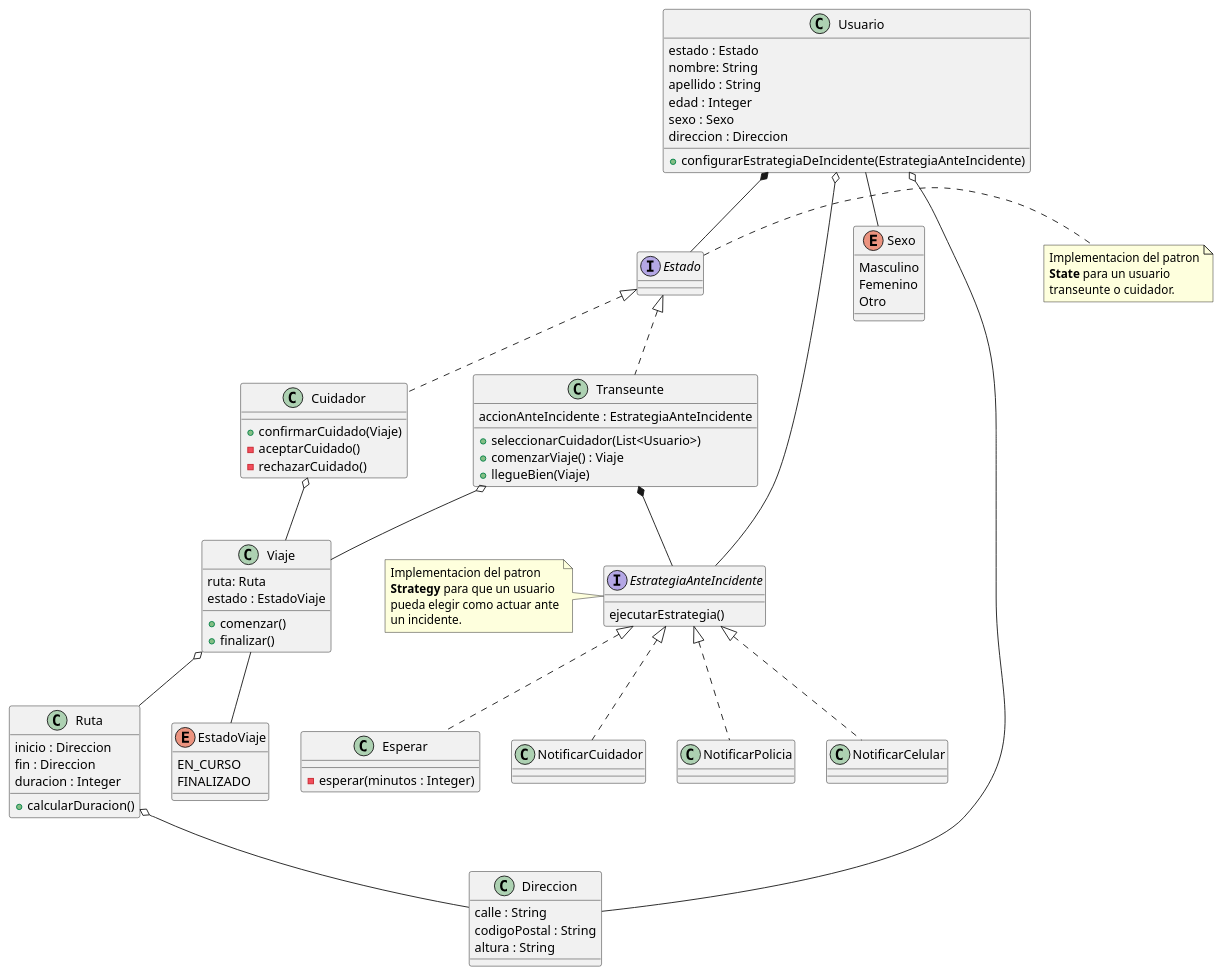
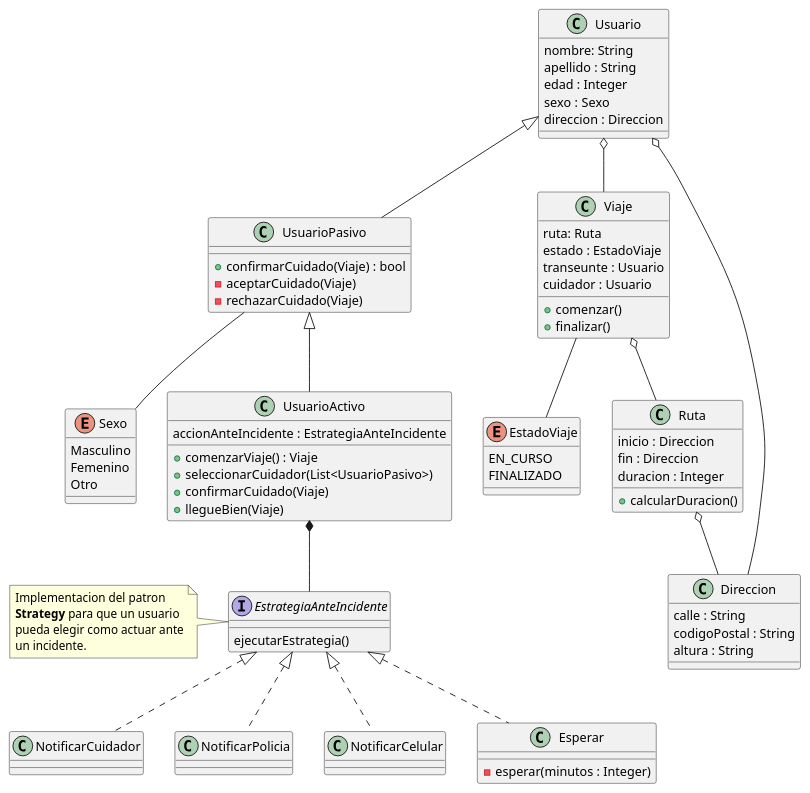
The diagram in docs/diagrams/class_diagram.puml (nachoberaza/practica-dds-cuidandonos), drawn with PlantUML before and after one commit. The commit also changed 4 other files, not shown here.

Commit message:
Refactoring both diagrams.

```diff
--- a/docs/diagrams/class_diagram.puml
+++ b/docs/diagrams/class_diagram.puml
@@ -1,111 +1,95 @@
 @startuml
 class Usuario{
-    estado : Estado
     nombre: String
     apellido : String
     edad : Integer
     sexo : Sexo
     direccion : Direccion
-    + configurarEstrategiaDeIncidente(EstrategiaAnteIncidente)
+}
+
+class UsuarioPasivo extends Usuario{
+    + confirmarCuidado(Viaje) : bool
+    - aceptarCuidado(Viaje)
+    - rechazarCuidado(Viaje)
 }
 
 enum Sexo{
     Masculino
     Femenino
     Otro
 }
 
-interface Estado{
-    'TODO: Que metodo podria ir en esta interfaz??'
-}
-
-note right of Estado
-    Implementacion del patron
-    **State** para un usuario
-    transeunte o cuidador.
-end note
-
-class Transeunte {
+class UsuarioActivo extends UsuarioPasivo {
     accionAnteIncidente : EstrategiaAnteIncidente
 
-    + seleccionarCuidador(List<Usuario>)
     + comenzarViaje() : Viaje
+    + seleccionarCuidador(List<UsuarioPasivo>)
+    + confirmarCuidado(Viaje)
     + llegueBien(Viaje)
-}
-
-class Cuidador {
-    + confirmarCuidado(Viaje)
-    - aceptarCuidado()
-    - rechazarCuidado()
 }
 
 class Viaje{
     ruta: Ruta
     estado : EstadoViaje
+    transeunte : Usuario
+    cuidador : Usuario
     + comenzar()
     + finalizar()
 }
 
 enum EstadoViaje{
     EN_CURSO
     FINALIZADO
 }
 
 class Ruta{
     inicio : Direccion
     fin : Direccion
     duracion : Integer
     + calcularDuracion()
 }
 
 interface EstrategiaAnteIncidente {
     ejecutarEstrategia()
 }
 
 note left of EstrategiaAnteIncidente
     Implementacion del patron
     **Strategy** para que un usuario
     pueda elegir como actuar ante
     un incidente.
 end note
 
 class NotificarCuidador{}
 
 class NotificarPolicia{}
 
 class NotificarCelular{}
 
-'TODO: Checkear si estan bien parametrizados los minutos'
 class Esperar{
     - esperar(minutos : Integer)
 }
 
 class Direccion{
     calle : String
     codigoPostal : String
     altura : String
 }
 
-Usuario *-- Estado
 Usuario o-- Direccion
-Usuario o-- EstrategiaAnteIncidente
-Usuario -- Sexo
+Usuario o-- Viaje
 
-Estado <|.. Transeunte
-Estado <|.. Cuidador
-
-Transeunte *-- EstrategiaAnteIncidente
+UsuarioPasivo -- Sexo
+UsuarioActivo *-- EstrategiaAnteIncidente
 
 Viaje o-- Ruta
-Transeunte o-- Viaje
-Cuidador o-- Viaje
 Viaje -- EstadoViaje
 
 Ruta o-- Direccion
 
 EstrategiaAnteIncidente <|.. NotificarCuidador
 EstrategiaAnteIncidente <|.. NotificarCelular
 EstrategiaAnteIncidente <|.. NotificarPolicia
 EstrategiaAnteIncidente <|.. Esperar
 
 @enduml
```
